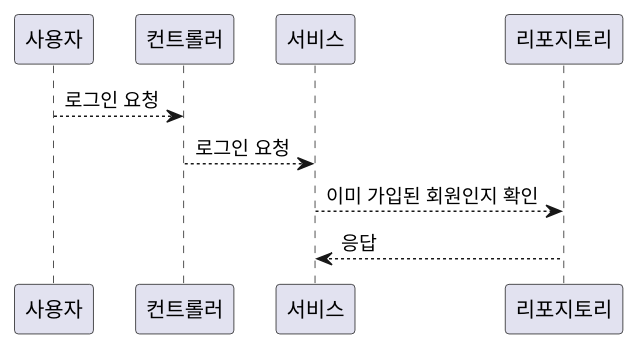
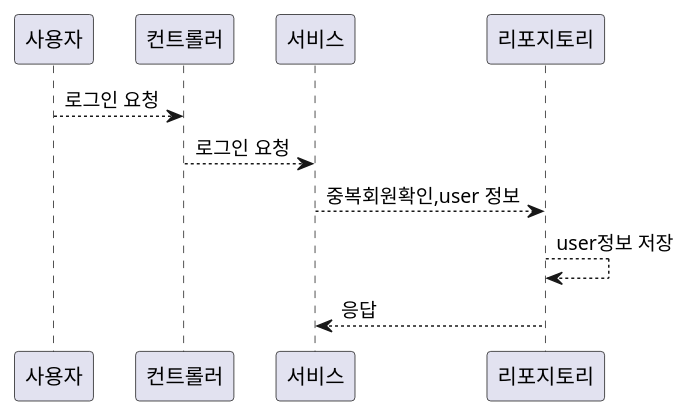
One commit to alsduq1117/chooz changed the diagram in chooz-api/src/main/resources/Signup.puml. Above: the diagram before and after it, drawn with PlantUML.

Commit message:
feat : 로그인 로직 추가

```diff
--- a/chooz-api/src/main/resources/Signup.puml
+++ b/chooz-api/src/main/resources/Signup.puml
@@ -1,8 +1,9 @@
 @startuml
 
 사용자 --> 컨트롤러: 로그인 요청
 컨트롤러 --> 서비스: 로그인 요청
-서비스 --> 리포지토리: 이미 가입된 회원인지 확인
+서비스 --> 리포지토리: 중복회원확인,user 정보
+리포지토리 --> 리포지토리: user정보 저장
 리포지토리 --> 서비스: 응답
 
 @enduml
```
